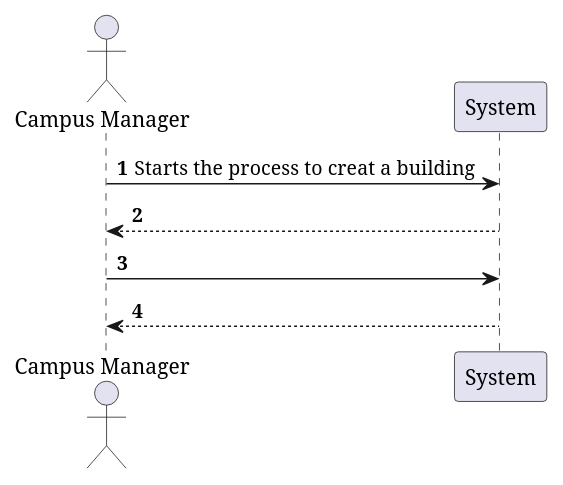
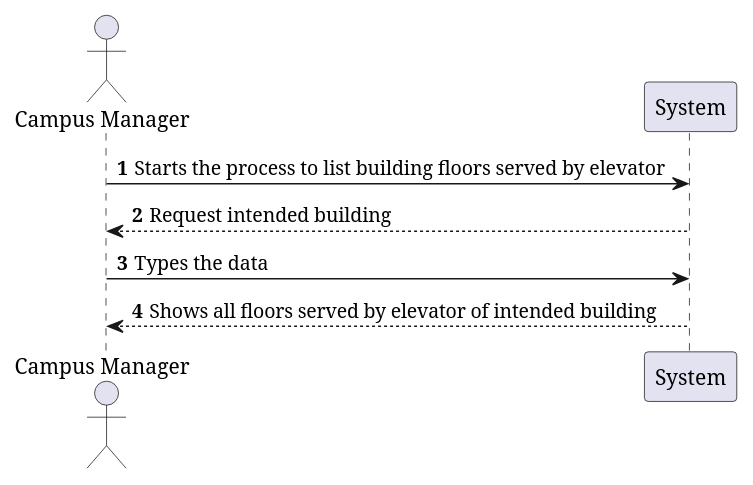
One commit to Pedro-Pereira1/sem5pi_23_24_g056 changed the diagram in docs/US_300/Diagrams/SystemSequenceDiagram.puml. Above: the diagram before and after it, drawn with PlantUML. The commit also changed other lines of this file and 2 other files, not shown here.

```diff
--- a/docs/US_300/Diagrams/SystemSequenceDiagram.puml
+++ b/docs/US_300/Diagrams/SystemSequenceDiagram.puml
@@ -1,13 +1,12 @@
 @startuml
-'https://plantuml.com/sequence-diagram
 
 autonumber
 actor "Campus Manager" as CM
 
-CM -> System: Starts the process to  creat a building
-System --> CM:
-CM -> System:
-CM <-- System:
+CM -> System: Starts the process to list building floors served by elevator
+System --> CM: Request intended building
+CM -> System: Types the data
+CM <-- System: Shows all floors served by elevator of intended building
 
 
 @enduml
```
